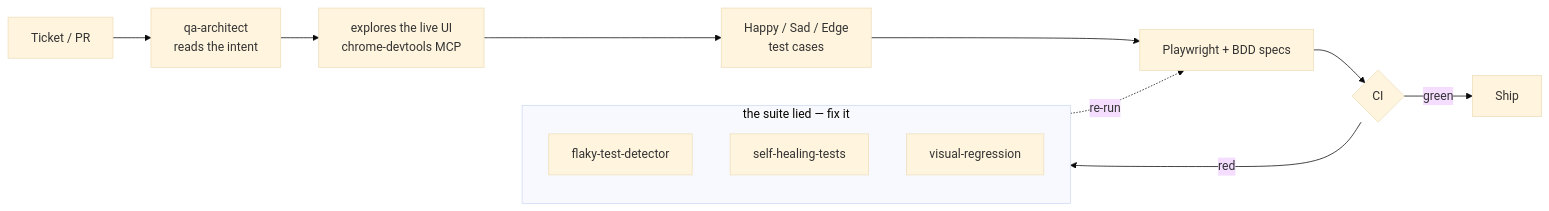
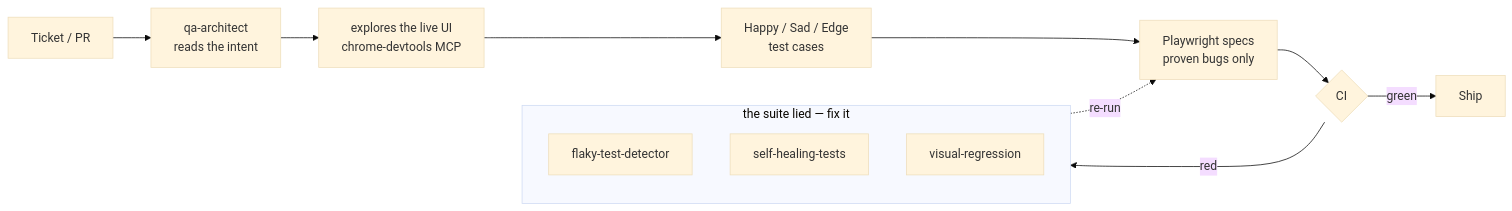
Before and after one commit to CristianPGit/CristianPGit: the diagram in README.md, drawn with Mermaid (base theme). The commit also changed other lines of this file, not shown here.

Commit message:
Feature /qa in claude-qa-architect, drop the removed E2E suite

````diff
--- a/README.md
+++ b/README.md
@@ -113,16 +113,16 @@
 ```mermaid
 flowchart LR
     T["Ticket / PR"] --> A["qa-architect<br/>reads the intent"]
     A --> B["explores the live UI<br/>chrome-devtools MCP"]
     B --> C["Happy / Sad / Edge<br/>test cases"]
-    C --> D["Playwright + BDD specs"]
+    C --> D["Playwright specs<br/>proven bugs only"]
     D --> E{"CI"}
     E -->|"green"| S["Ship"]
     E -->|"red"| R
     subgraph R["the suite lied — fix it"]
       F["flaky-test-detector"]
       G["self-healing-tests"]
       H["visual-regression"]
     end
     R -.->|"re-run"| D
 ```
````
